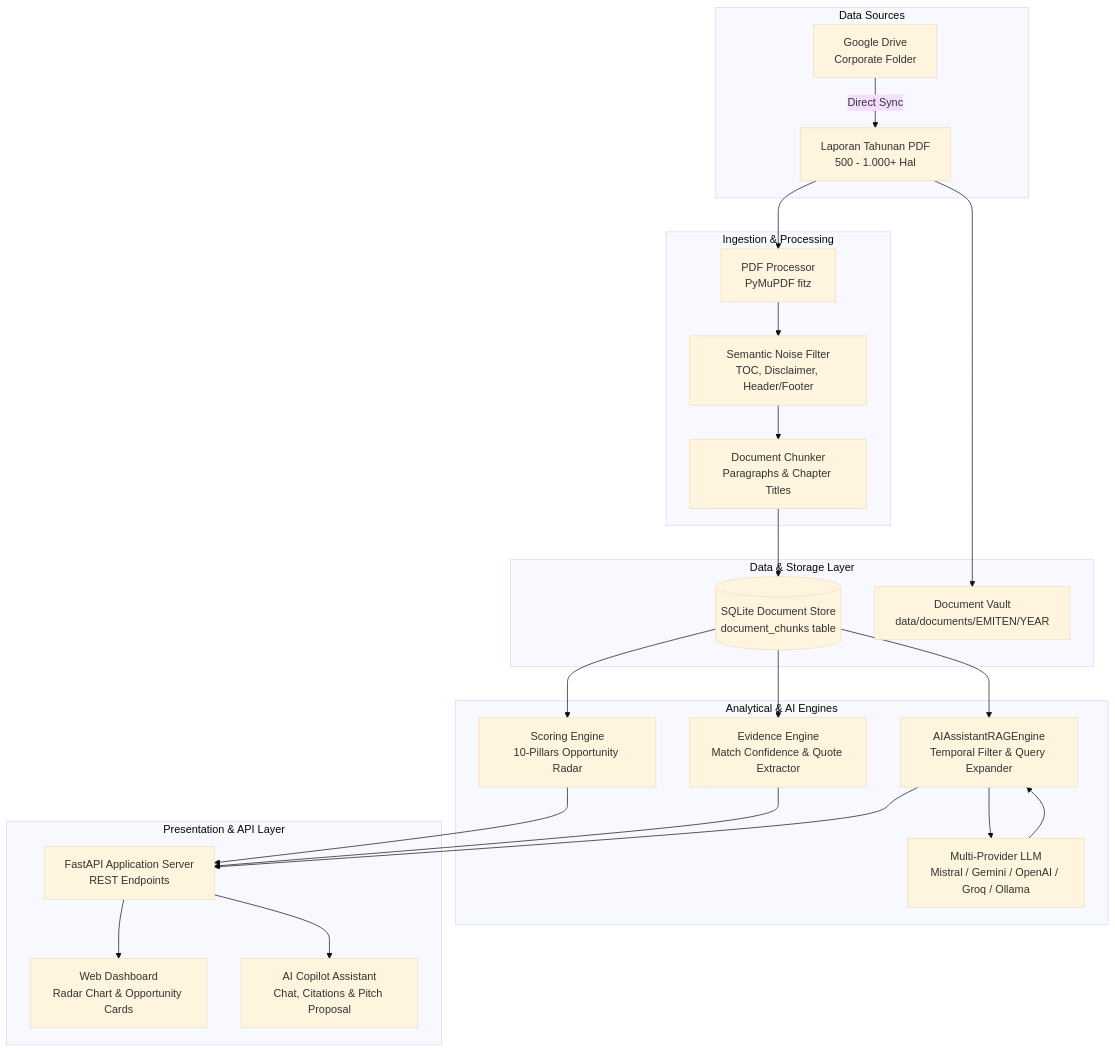
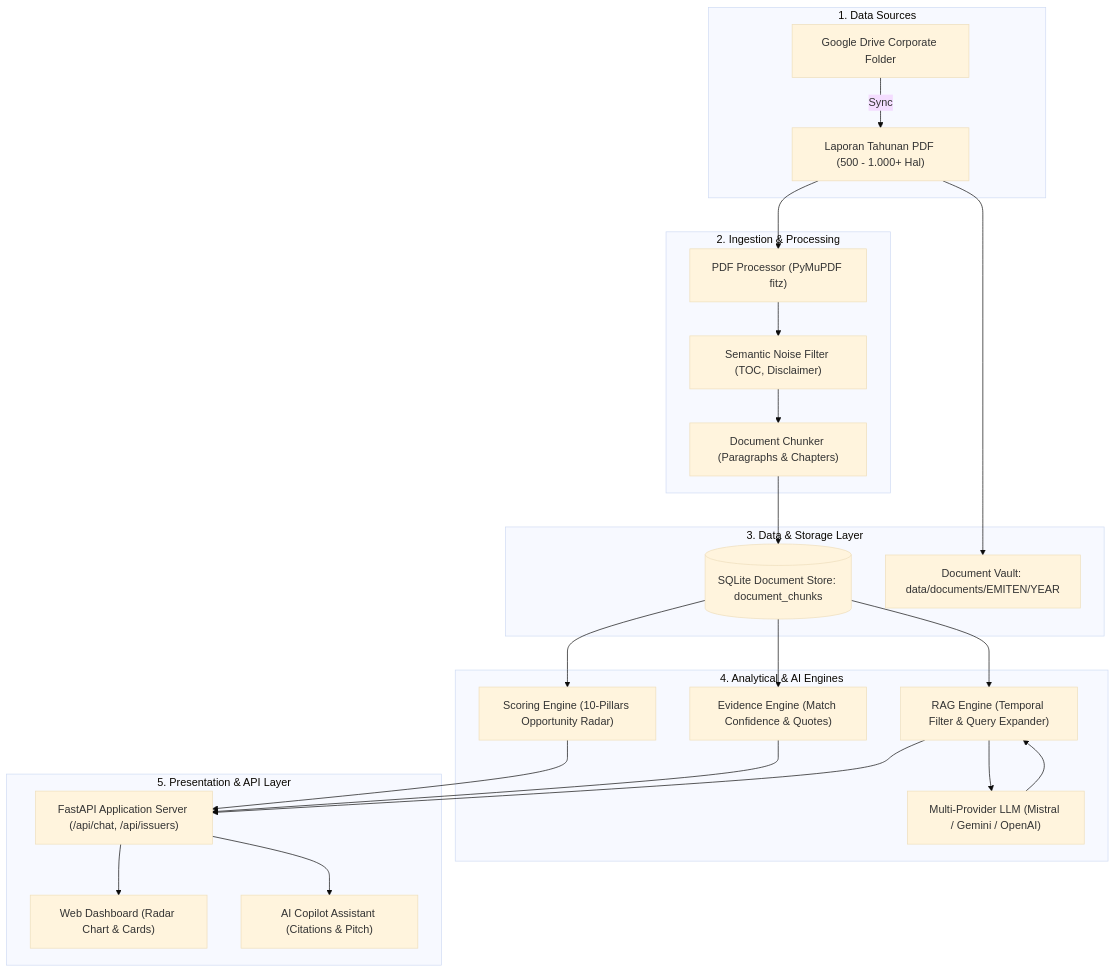
The first of 2 diagrams in docs/architecture.md (afiffathin31/annual-report-rag-nashta), drawn with Mermaid (base theme) before and after one commit. The commit also changed other lines of this file and 19 other files, not shown here.

Commit message:
fix(docs): fix missing math formulas, add radar calculations, and fix mermaid diagram syntax

````diff
--- a/docs/architecture.md
+++ b/docs/architecture.md
@@ -23,51 +23,51 @@
 ```mermaid
 graph TD
-    subgraph Data Sources
-        PDF[Laporan Tahunan PDF<br/>500 - 1.000+ Hal]
-        GDrive[Google Drive<br/>Corporate Folder]
+    subgraph S1["1. Data Sources"]
+        PDF["Laporan Tahunan PDF (500 - 1.000+ Hal)"]
+        GDrive["Google Drive Corporate Folder"]
     end
 
-    subgraph Ingestion & Processing
-        PyMuPDF[PDF Processor<br/>PyMuPDF fitz]
-        NoiseFilter[Semantic Noise Filter<br/>TOC, Disclaimer, Header/Footer]
-        Chunker[Document Chunker<br/>Paragraphs & Chapter Titles]
+    subgraph S2["2. Ingestion & Processing"]
+        PyMuPDF["PDF Processor (PyMuPDF fitz)"]
+        NoiseFilter["Semantic Noise Filter (TOC, Disclaimer)"]
+        Chunker["Document Chunker (Paragraphs & Chapters)"]
     end
 
-    subgraph Data & Storage Layer
-        DB[(SQLite Document Store<br/>document_chunks table)]
-        Vault[Document Vault<br/>data/documents/EMITEN/YEAR]
+    subgraph S3["3. Data & Storage Layer"]
+        DB[("SQLite Document Store: document_chunks")]
+        Vault["Document Vault: data/documents/EMITEN/YEAR"]
     end
 
-    subgraph Analytical & AI Engines
-        Scoring[Scoring Engine<br/>10-Pillars Opportunity Radar]
-        Evidence[Evidence Engine<br/>Match Confidence & Quote Extractor]
-        RAGEngine[AIAssistantRAGEngine<br/>Temporal Filter & Query Expander]
-        LLM[Multi-Provider LLM<br/>Mistral / Gemini / OpenAI / Groq / Ollama]
+    subgraph S4["4. Analytical & AI Engines"]
+        Scoring["Scoring Engine (10-Pillars Opportunity Radar)"]
+        Evidence["Evidence Engine (Match Confidence & Quotes)"]
+        RAGEngine["RAG Engine (Temporal Filter & Query Expander)"]
+        LLM["Multi-Provider LLM (Mistral / Gemini / OpenAI)"]
     end
 
-    subgraph Presentation & API Layer
-        API[FastAPI Application Server<br/>REST Endpoints]
-        Dashboard[Web Dashboard<br/>Radar Chart & Opportunity Cards]
-        Copilot[AI Copilot Assistant<br/>Chat, Citations & Pitch Proposal]
+    subgraph S5["5. Presentation & API Layer"]
+        API["FastAPI Application Server (/api/chat, /api/issuers)"]
+        Dashboard["Web Dashboard (Radar Chart & Cards)"]
+        Copilot["AI Copilot Assistant (Citations & Pitch)"]
     end
 
     PDF --> PyMuPDF
-    GDrive -->|Direct Sync| PDF
+    GDrive -->|Sync| PDF
     PyMuPDF --> NoiseFilter
     NoiseFilter --> Chunker
     Chunker --> DB
     PDF --> Vault
 
     DB --> Scoring
     DB --> Evidence
     DB --> RAGEngine
 
     Scoring --> API
     Evidence --> API
     RAGEngine --> LLM
     LLM --> RAGEngine
     RAGEngine --> API
 
     API --> Dashboard
     API --> Copilot
 ```
````
